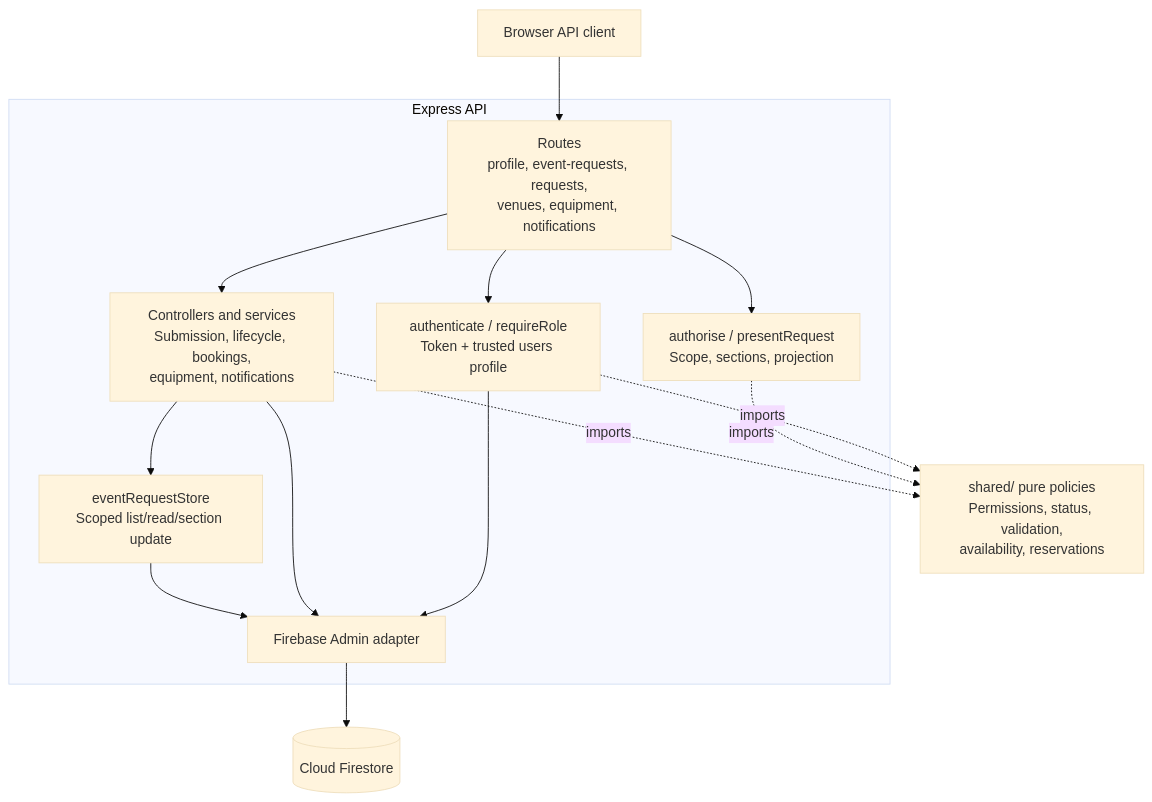
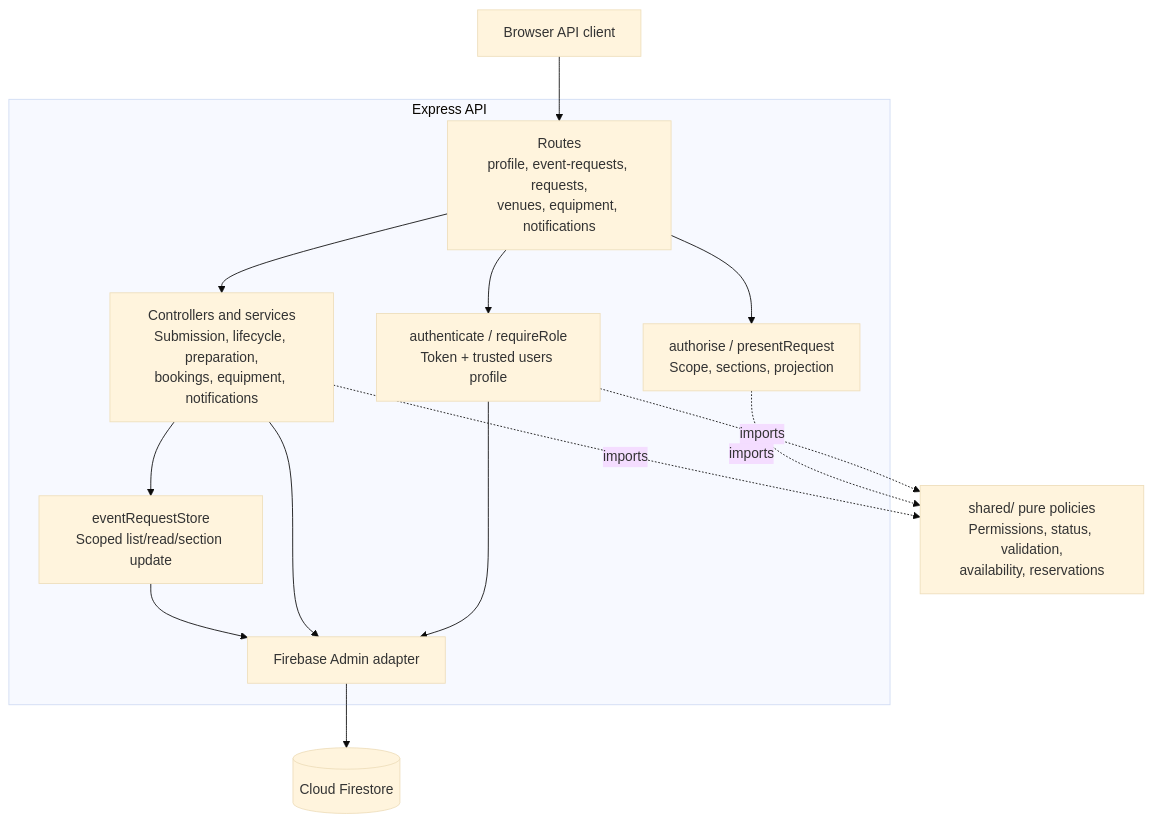
The fourth of 4 diagrams in docs/architecture/c4-model.md (ydairu/connectsphere), drawn with Mermaid (base theme) before and after one commit. The commit also changed other lines of this file and 6 other files, not shown here.

Commit message:
[Sprint 4] Docs: Align repository guidance and architecture with current implementation

````diff
--- a/docs/architecture/c4-model.md
+++ b/docs/architecture/c4-model.md
@@ -70,22 +64,22 @@
 ```mermaid
 flowchart TB
   browser["Browser API client"]
   subgraph express["Express API"]
     routes["Routes<br/>profile, event-requests, requests,<br/>venues, equipment, notifications"]
     identity["authenticate / requireRole<br/>Token + trusted users profile"]
     authz["authorise / presentRequest<br/>Scope, sections, projection"]
-    handlers["Controllers and services<br/>Submission, lifecycle, bookings,<br/>equipment, notifications"]
+    handlers["Controllers and services<br/>Submission, lifecycle, preparation,<br/>bookings, equipment, notifications"]
     store["eventRequestStore<br/>Scoped list/read/section update"]
     admin["Firebase Admin adapter"]
   end
   policy["shared/ pure policies<br/>Permissions, status, validation,<br/>availability, reservations"]
   db[("Cloud Firestore")]
   browser --> routes
   routes --> identity
   routes --> authz
   routes --> handlers
   handlers --> store
   identity & authz & handlers -.->|"imports"| policy
   identity & handlers & store --> admin
   admin --> db
 ```
````
